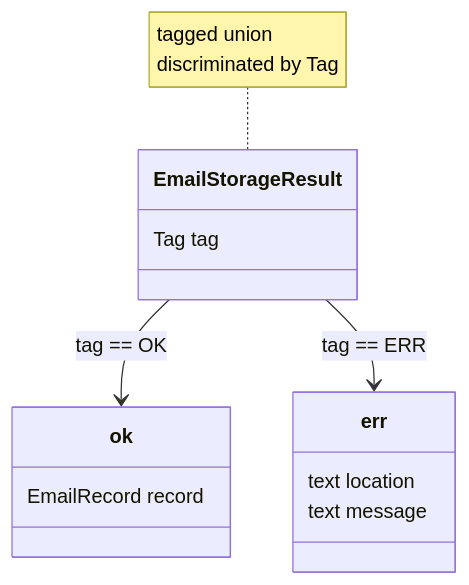
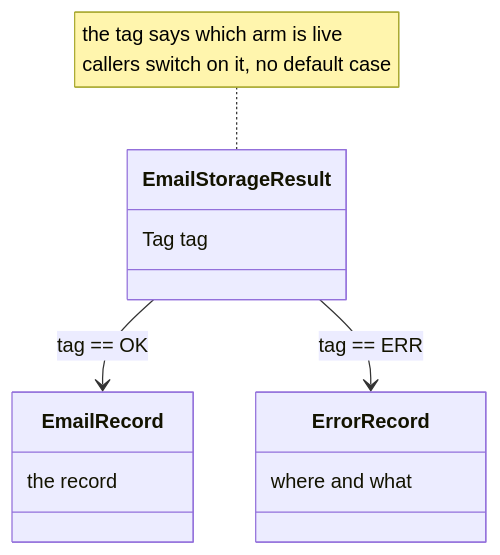
One commit to DBJARH/DBJ_CODING_SKILLS changed the third of 5 diagrams in tribute_to_tony/general_design.md. Above: the diagram before and after it, drawn with Mermaid. The commit also changed other lines of this file and 4 other files, not shown here.

````diff
--- a/tribute_to_tony/general_design.md
+++ b/tribute_to_tony/general_design.md
@@ -96,16 +97,15 @@
 ```mermaid
 classDiagram
     class EmailStorageResult {
         Tag tag
     }
-    class ok {
-        EmailRecord record
+    class EmailRecord {
+        the record
     }
-    class err {
-        text location
-        text message
+    class ErrorRecord {
+        where and what
     }
-    EmailStorageResult --> ok : tag == OK
-    EmailStorageResult --> err : tag == ERR
-    note for EmailStorageResult "tagged union <br> discriminated by Tag"
+    EmailStorageResult --> EmailRecord : tag == OK
+    EmailStorageResult --> ErrorRecord : tag == ERR
+    note for EmailStorageResult "the tag says which arm is live<br>callers switch on it, no default case"
 ```
````
